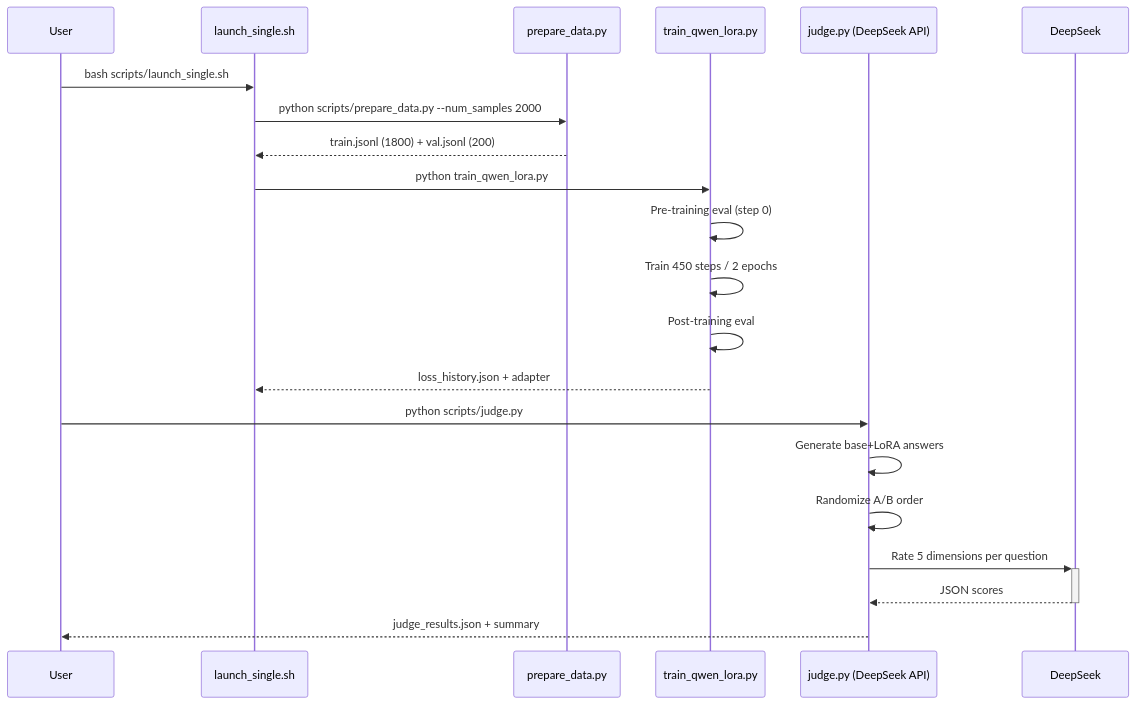
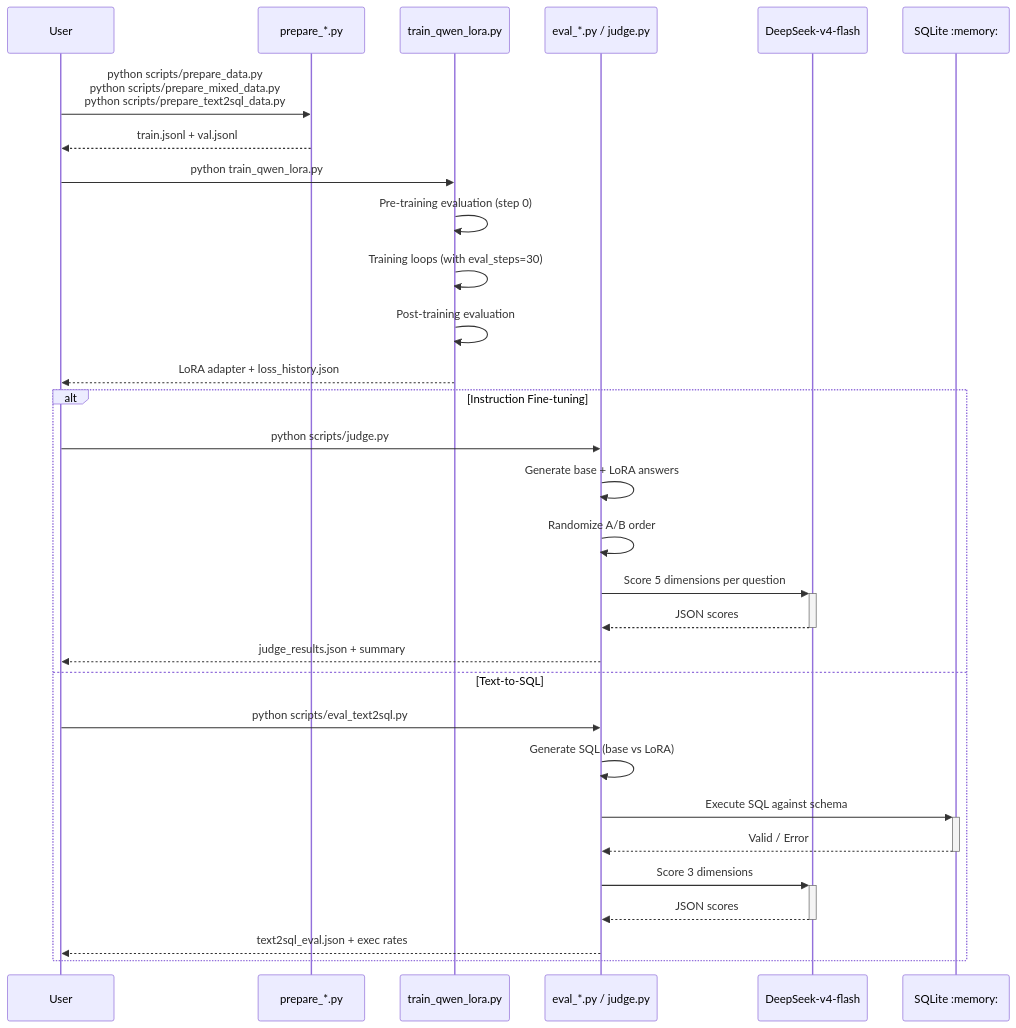
Before and after one commit to QingGo/qwen-lora-project: the second of 4 diagrams in README.md, drawn with Mermaid. The commit also changed other lines of this file and 1 other file, not shown here.

First line of the commit message:
docs: comprehensive README update with all experiments and Text2SQL

````diff
--- a/README.md
+++ b/README.md
@@ -38,23 +42,35 @@
 ```mermaid
 sequenceDiagram
     participant User
-    participant Script as launch_single.sh
-    participant Prep as prepare_data.py
+    participant Prep as prepare_*.py
     participant Train as train_qwen_lora.py
-    participant Judge as judge.py (DeepSeek API)
+    participant Eval as eval_*.py / judge.py
+    participant Judge as DeepSeek-v4-flash
+    participant SQLite as SQLite :memory:
 
-    User->>Script: bash scripts/launch_single.sh
-    Script->>Prep: python scripts/prepare_data.py --num_samples 2000
-    Prep-->>Script: train.jsonl (1800) + val.jsonl (200)
-    Script->>Train: python train_qwen_lora.py
-    Train->>Train: Pre-training eval (step 0)
-    Train->>Train: Train 450 steps / 2 epochs
-    Train->>Train: Post-training eval
-    Train-->>Script: loss_history.json + adapter
-    User->>Judge: python scripts/judge.py
-    Judge->>Judge: Generate base+LoRA answers
-    Judge->>Judge: Randomize A/B order
-    Judge->>+DeepSeek: Rate 5 dimensions per question
-    DeepSeek-->>-Judge: JSON scores
-    Judge-->>User: judge_results.json + summary
+    User->>Prep: python scripts/prepare_data.py<br/>python scripts/prepare_mixed_data.py<br/>python scripts/prepare_text2sql_data.py
+    Prep-->>User: train.jsonl + val.jsonl
+
+    User->>Train: python train_qwen_lora.py
+    Train->>Train: Pre-training evaluation (step 0)
+    Train->>Train: Training loops (with eval_steps=30)
+    Train->>Train: Post-training evaluation
+    Train-->>User: LoRA adapter + loss_history.json
+
+    alt Instruction Fine-tuning
+        User->>Eval: python scripts/judge.py
+        Eval->>Eval: Generate base + LoRA answers
+        Eval->>Eval: Randomize A/B order
+        Eval->>+Judge: Score 5 dimensions per question
+        Judge-->>-Eval: JSON scores
+        Eval-->>User: judge_results.json + summary
+    else Text-to-SQL
+        User->>Eval: python scripts/eval_text2sql.py
+        Eval->>Eval: Generate SQL (base vs LoRA)
+        Eval->>+SQLite: Execute SQL against schema
+        SQLite-->>-Eval: Valid / Error
+        Eval->>+Judge: Score 3 dimensions
+        Judge-->>-Eval: JSON scores
+        Eval-->>User: text2sql_eval.json + exec rates
+    end
 ```
````
